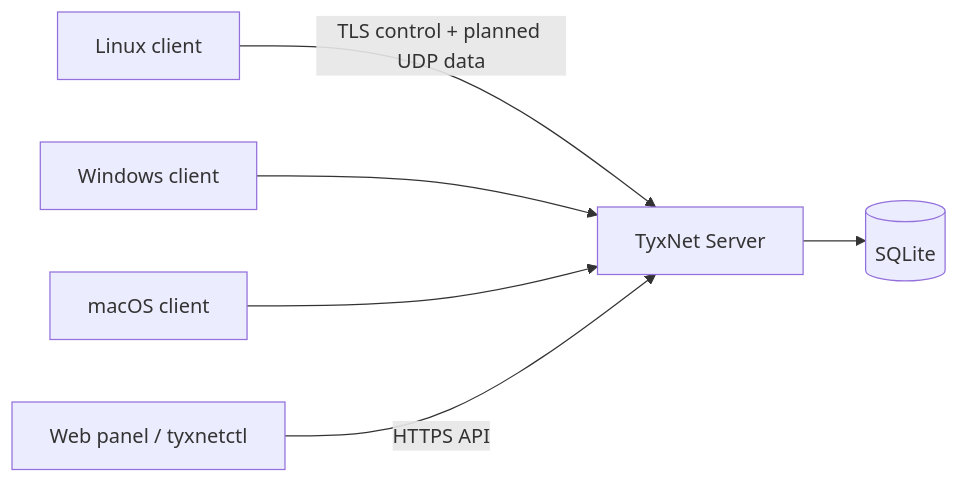
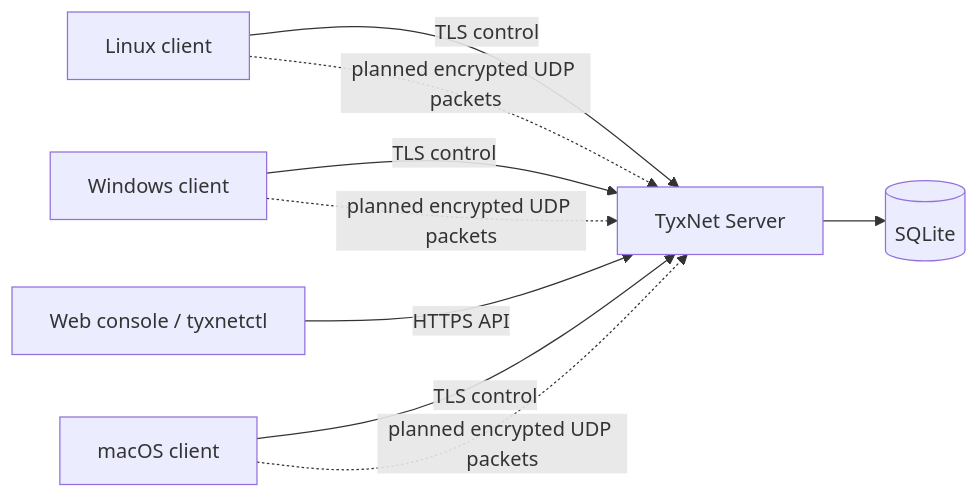
The diagram in README.md (fbeser/tyxnet), drawn with Mermaid before and after one commit. The commit also changed other lines of this file, not shown here.

````diff
--- a/README.md
+++ b/README.md
@@ -39,8 +177,11 @@
 ```mermaid
 flowchart LR
-  C1[Linux client] -->|TLS control + planned UDP data| S[TyxNet Server]
-  C2[Windows client] --> S
-  C3[macOS client] --> S
-  A[Web panel / tyxnetctl] -->|HTTPS API| S
+  LC[Linux client] -->|TLS control| S[TyxNet Server]
+  WC[Windows client] -->|TLS control| S
+  MC[macOS client] -->|TLS control| S
+  UI[Web console / tyxnetctl] -->|HTTPS API| S
   S --> DB[(SQLite)]
+  LC -. planned encrypted UDP packets .-> S
+  WC -. planned encrypted UDP packets .-> S
+  MC -. planned encrypted UDP packets .-> S
 ```
````
